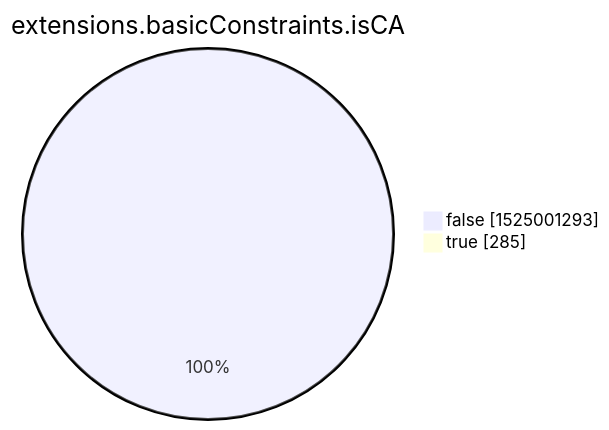
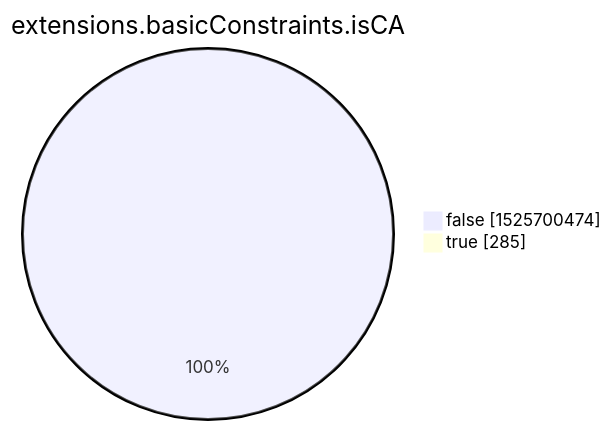
One commit to christiankrug/ctmonitor_visualization changed the eighth of 15 diagrams in xenon2022/README.md. Above: the diagram before and after it, drawn with Mermaid. The commit also changed other lines of this file, not shown here.

````diff
--- a/xenon2022/README.md
+++ b/xenon2022/README.md
@@ -2857,6 +2857,6 @@
 ```mermaid
 pie showData
 title extensions.basicConstraints.isCA
-"false" :1525001293
+"false" :1525700474
 "true" :285
 ```
````
